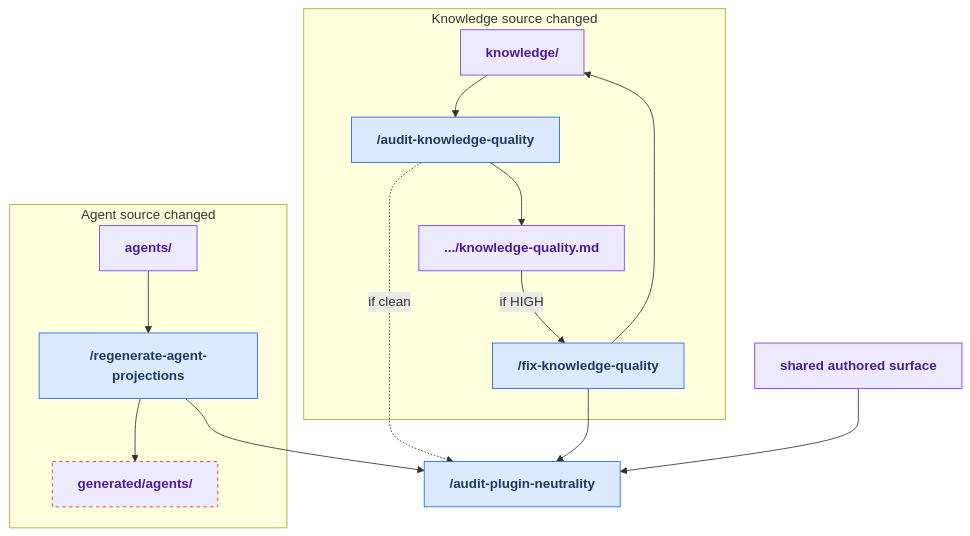
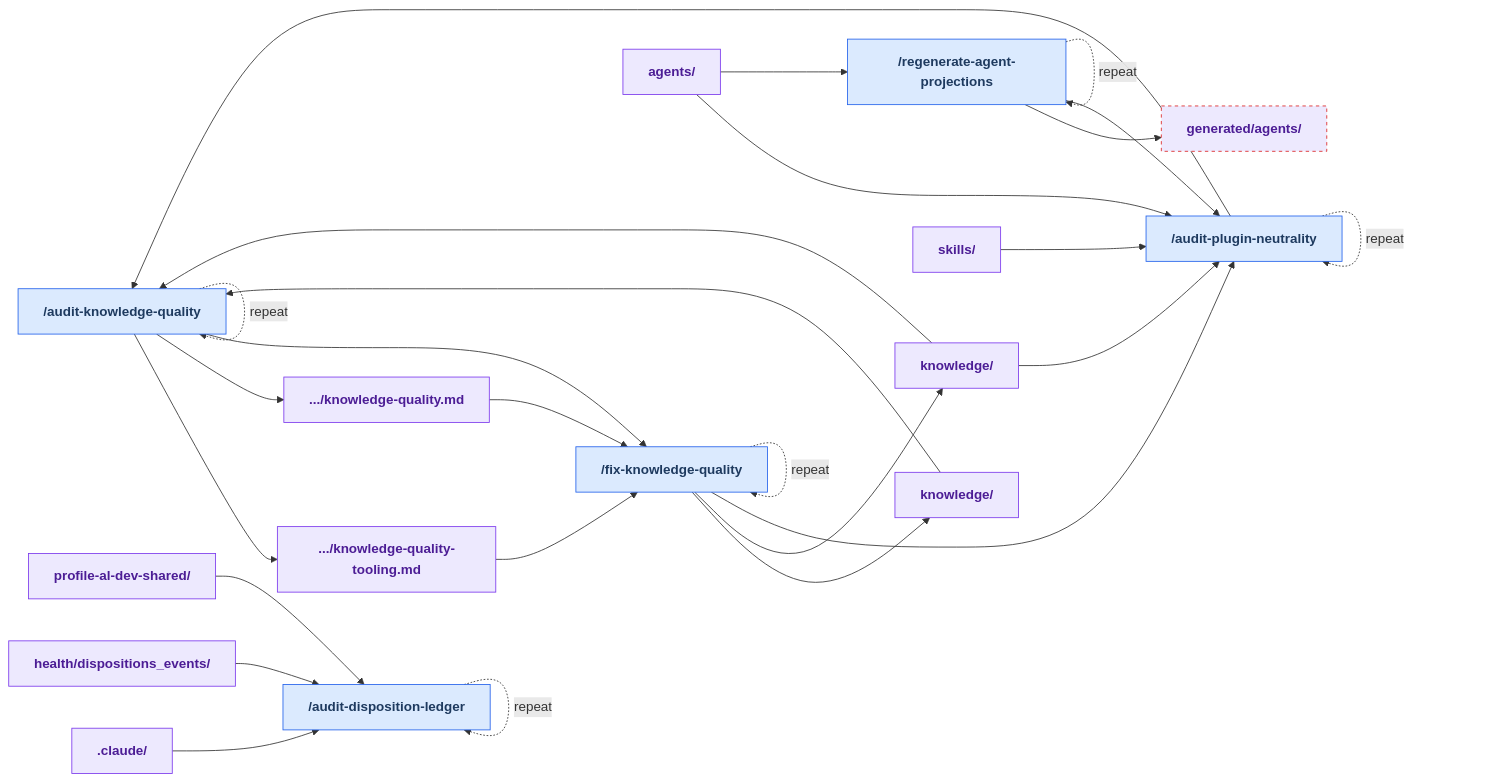
One commit to russell-laing/al-dev-shared changed the diagram in docs/maintainer_tooling/derive.md. Above: the diagram before and after it, drawn with Mermaid. The commit also changed 4 other files, not shown here.

First line of the commit message:
📚 docs(maintainer): regenerate guide for audit-disposition-ledger

````diff
--- a/docs/maintainer_tooling/derive.md
+++ b/docs/maintainer_tooling/derive.md
@@ -62,41 +62,66 @@
 ```mermaid
-flowchart TD
+flowchart LR
     classDef userSkill fill:#dbeafe,stroke:#2563eb,color:#1e3a5f,font-weight:bold
+    classDef internalSkill fill:#f3f4f6,stroke:#6b7280,color:#374151,stroke-dasharray:5 5,font-weight:bold
     classDef artifact fill:#ede9fe,stroke:#7c3aed,color:#4c1d95,font-weight:bold
     classDef orphanArtifact fill:#ede9fe,stroke:#dc2626,color:#4c1d95,stroke-dasharray:4 4,font-weight:bold
+    classDef manualStep fill:#fef3c7,stroke:#d97706,color:#78350f,font-weight:bold
 
-    subgraph agent_lane["Agent source changed"]
-        art_agent_source["agents/"]
-        skill_regenerate_agent_projections["/regenerate-agent-projections"]
-        art_generated_agents["generated/agents/"]
-    end
-    subgraph knowledge_lane["Knowledge source changed"]
-        art_knowledge_source["knowledge/"]
-        skill_audit_knowledge_quality["/audit-knowledge-quality"]
-        art_knowledge_quality_report[".../knowledge-quality.md"]
-        skill_fix_knowledge_quality["/fix-knowledge-quality"]
-    end
-    art_shared_surface["shared authored surface"]
-    skill_align_harness_repos["/audit-plugin-neutrality"]
+    skill_audit_disposition_ledger["/audit-disposition-ledger"]
+    skill_audit_knowledge_quality["/audit-knowledge-quality"]
+    skill_audit_plugin_neutrality["/audit-plugin-neutrality"]
+    skill_fix_knowledge_quality["/fix-knowledge-quality"]
+    skill_regenerate_agent_projections["/regenerate-agent-projections"]
+    art__claude_[".claude/"]
+    art__claude_knowledge_["knowledge/"]
+    art_docs_health_dispositions_events_["health/dispositions_events/"]
+    art_docs_knowledge_quality_tooling_md[".../knowledge-quality-tooling.md"]
+    art_docs_knowledge_quality_md[".../knowledge-quality.md"]
+    art_profile_al_dev_shared_["profile-al-dev-shared/"]
+    art_profile_al_dev_shared_agents_["agents/"]
+    art_profile_al_dev_shared_generated_agents_["generated/agents/"]
+    art_profile_al_dev_shared_knowledge_["knowledge/"]
+    art_profile_al_dev_shared_skills_["skills/"]
 
-    art_agent_source --> skill_regenerate_agent_projections
-    skill_regenerate_agent_projections --> art_generated_agents
-    skill_regenerate_agent_projections --> skill_align_harness_repos
-    art_knowledge_source --> skill_audit_knowledge_quality
-    skill_audit_knowledge_quality --> art_knowledge_quality_report
-    art_knowledge_quality_report -- "if HIGH" --> skill_fix_knowledge_quality
-    skill_audit_knowledge_quality -. "if clean" .-> skill_align_harness_repos
-    skill_fix_knowledge_quality --> art_knowledge_source
-    skill_fix_knowledge_quality --> skill_align_harness_repos
-    art_shared_surface --> skill_align_harness_repos
+    art__claude_ --> skill_audit_disposition_ledger
+    art_docs_health_dispositions_events_ --> skill_audit_disposition_ledger
+    art_profile_al_dev_shared_ --> skill_audit_disposition_ledger
+    skill_audit_disposition_ledger -. "repeat" .-> skill_audit_disposition_ledger
+    art__claude_knowledge_ --> skill_audit_knowledge_quality
+    art_profile_al_dev_shared_knowledge_ --> skill_audit_knowledge_quality
+    skill_audit_knowledge_quality --> art_docs_knowledge_quality_tooling_md
+    skill_audit_knowledge_quality --> art_docs_knowledge_quality_md
+    skill_audit_knowledge_quality --> skill_fix_knowledge_quality
+    skill_audit_knowledge_quality -. "repeat" .-> skill_audit_knowledge_quality
+    art_profile_al_dev_shared_agents_ --> skill_audit_plugin_neutrality
+    art_profile_al_dev_shared_knowledge_ --> skill_audit_plugin_neutrality
+    art_profile_al_dev_shared_skills_ --> skill_audit_plugin_neutrality
+    skill_audit_plugin_neutrality --> skill_audit_knowledge_quality
+    skill_audit_plugin_neutrality -. "repeat" .-> skill_audit_plugin_neutrality
+    art_docs_knowledge_quality_tooling_md --> skill_fix_knowledge_quality
+    art_docs_knowledge_quality_md --> skill_fix_knowledge_quality
+    skill_fix_knowledge_quality --> art__claude_knowledge_
+    skill_fix_knowledge_quality --> art_profile_al_dev_shared_knowledge_
+    skill_fix_knowledge_quality --> skill_audit_plugin_neutrality
+    skill_fix_knowledge_quality -. "repeat" .-> skill_fix_knowledge_quality
+    art_profile_al_dev_shared_agents_ --> skill_regenerate_agent_projections
+    skill_regenerate_agent_projections --> art_profile_al_dev_shared_generated_agents_
+    skill_regenerate_agent_projections --> skill_audit_plugin_neutrality
+    skill_regenerate_agent_projections -. "repeat" .-> skill_regenerate_agent_projections
 
+    class skill_audit_disposition_ledger userSkill
+    class skill_audit_knowledge_quality userSkill
+    class skill_audit_plugin_neutrality userSkill
+    class skill_fix_knowledge_quality userSkill
     class skill_regenerate_agent_projections userSkill
-    class skill_audit_knowledge_quality userSkill
-    class skill_fix_knowledge_quality userSkill
-    class skill_align_harness_repos userSkill
-    class art_agent_source artifact
-    class art_generated_agents orphanArtifact
-    class art_knowledge_source artifact
-    class art_knowledge_quality_report artifact
-    class art_shared_surface artifact
+    class art__claude_ artifact
+    class art__claude_knowledge_ artifact
+    class art_docs_health_dispositions_events_ artifact
+    class art_docs_knowledge_quality_tooling_md artifact
+    class art_docs_knowledge_quality_md artifact
+    class art_profile_al_dev_shared_ artifact
+    class art_profile_al_dev_shared_agents_ artifact
+    class art_profile_al_dev_shared_generated_agents_ orphanArtifact
+    class art_profile_al_dev_shared_knowledge_ artifact
+    class art_profile_al_dev_shared_skills_ artifact
 ```
````
